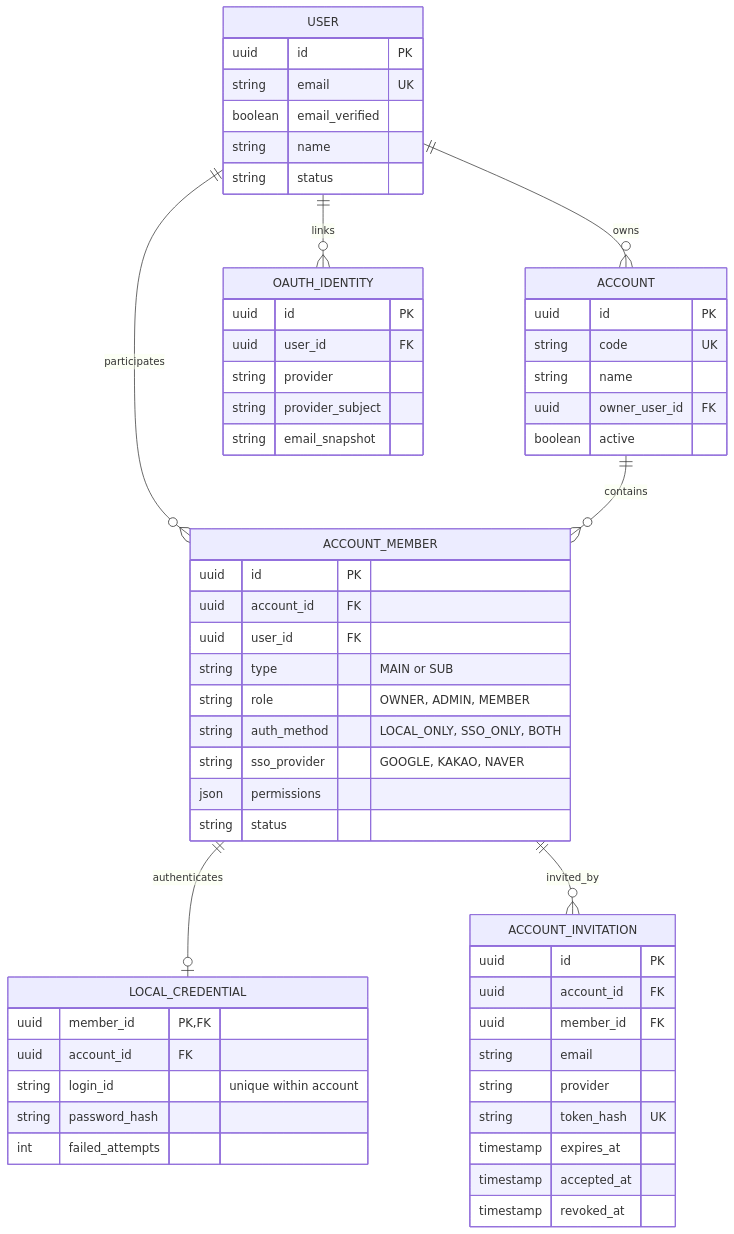
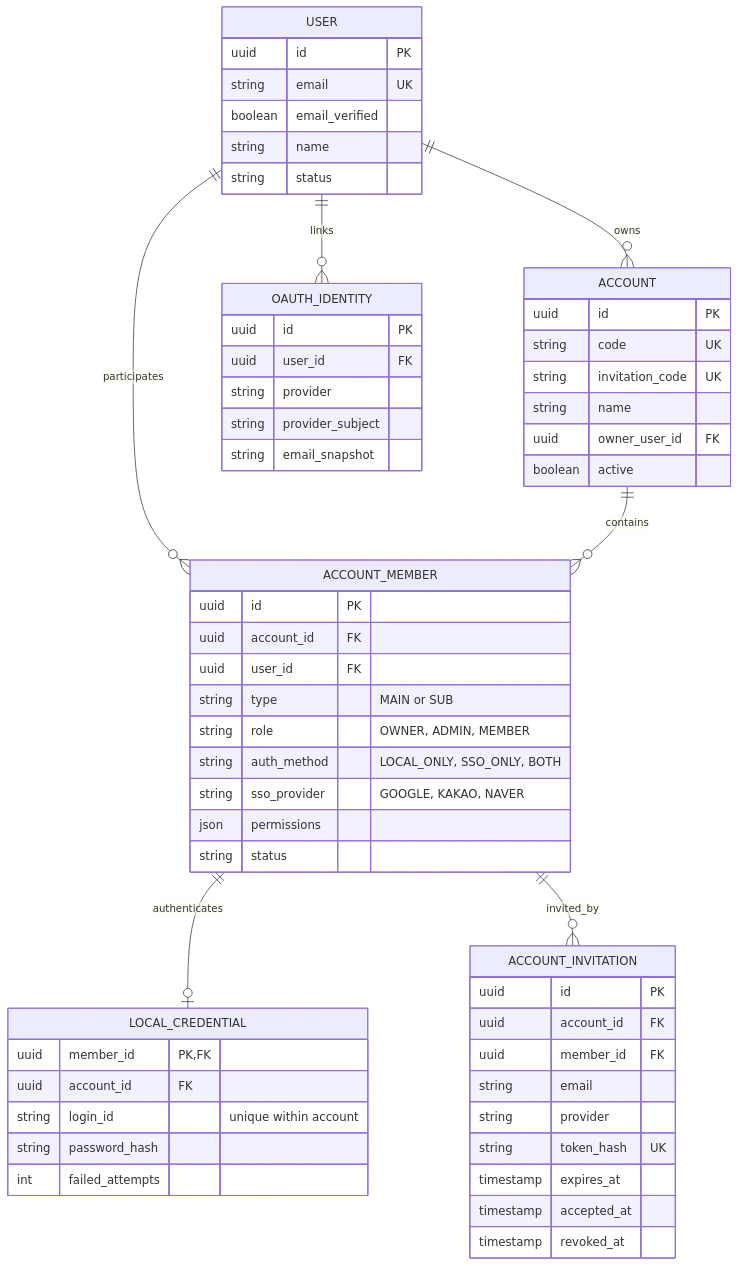
Before and after one commit to Dmin3/Ben: the diagram in Backend/docs/user-auth-erd.md, drawn with Mermaid. The commit also changed other lines of this file and 22 other files, not shown here.

````diff
--- a/Backend/docs/user-auth-erd.md
+++ b/Backend/docs/user-auth-erd.md
@@ -15,60 +17,61 @@
 ```mermaid
 erDiagram
     USER ||--o{ ACCOUNT : owns
     USER ||--o{ ACCOUNT_MEMBER : participates
     ACCOUNT ||--o{ ACCOUNT_MEMBER : contains
     ACCOUNT_MEMBER ||--o| LOCAL_CREDENTIAL : authenticates
     ACCOUNT_MEMBER ||--o{ ACCOUNT_INVITATION : invited_by
     USER ||--o{ OAUTH_IDENTITY : links
 
     USER {
       uuid id PK
       string email UK
       boolean email_verified
       string name
       string status
     }
     ACCOUNT {
       uuid id PK
       string code UK
+      string invitation_code UK
       string name
       uuid owner_user_id FK
       boolean active
     }
     ACCOUNT_MEMBER {
       uuid id PK
       uuid account_id FK
       uuid user_id FK
       string type "MAIN or SUB"
       string role "OWNER, ADMIN, MEMBER"
       string auth_method "LOCAL_ONLY, SSO_ONLY, BOTH"
       string sso_provider "GOOGLE, KAKAO, NAVER"
       json permissions
       string status
     }
     LOCAL_CREDENTIAL {
       uuid member_id PK,FK
       uuid account_id FK
       string login_id "unique within account"
       string password_hash
       int failed_attempts
     }
     OAUTH_IDENTITY {
       uuid id PK
       uuid user_id FK
       string provider
       string provider_subject
       string email_snapshot
     }
     ACCOUNT_INVITATION {
       uuid id PK
       uuid account_id FK
       uuid member_id FK
       string email
       string provider
       string token_hash UK
       timestamp expires_at
       timestamp accepted_at
       timestamp revoked_at
     }
 ```
````
